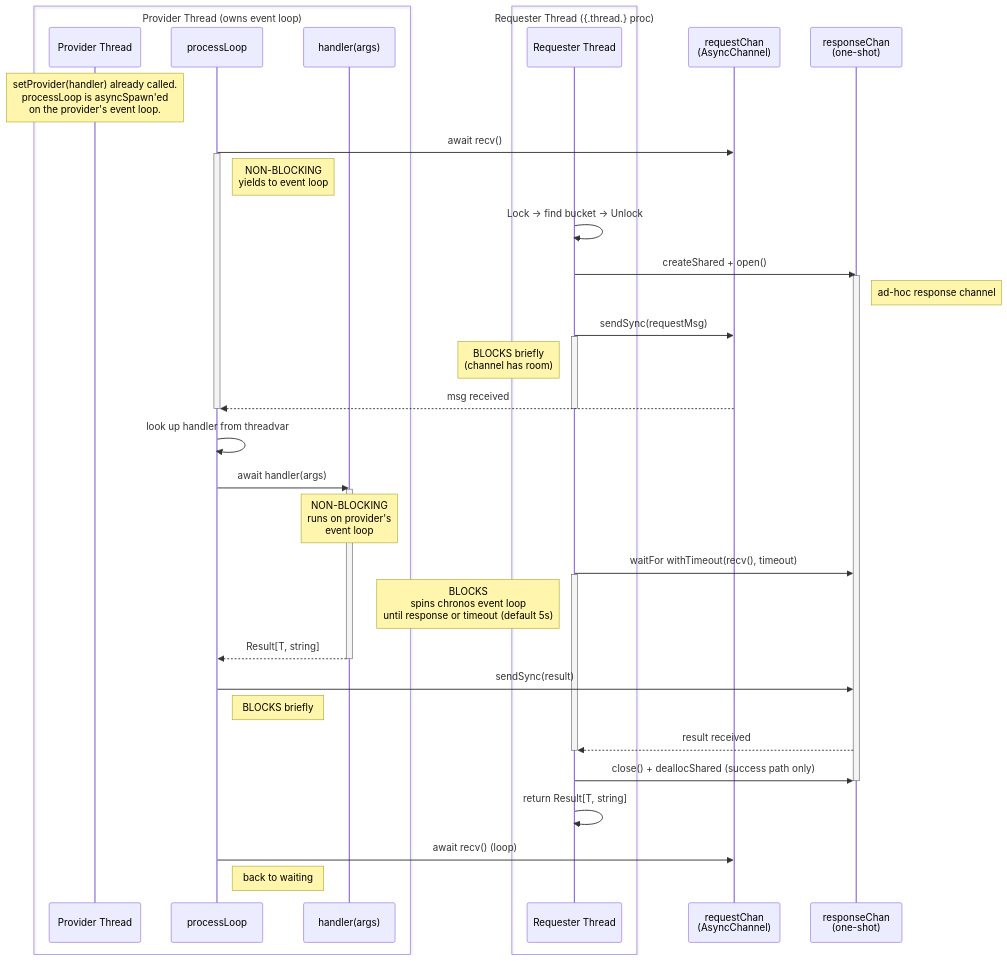
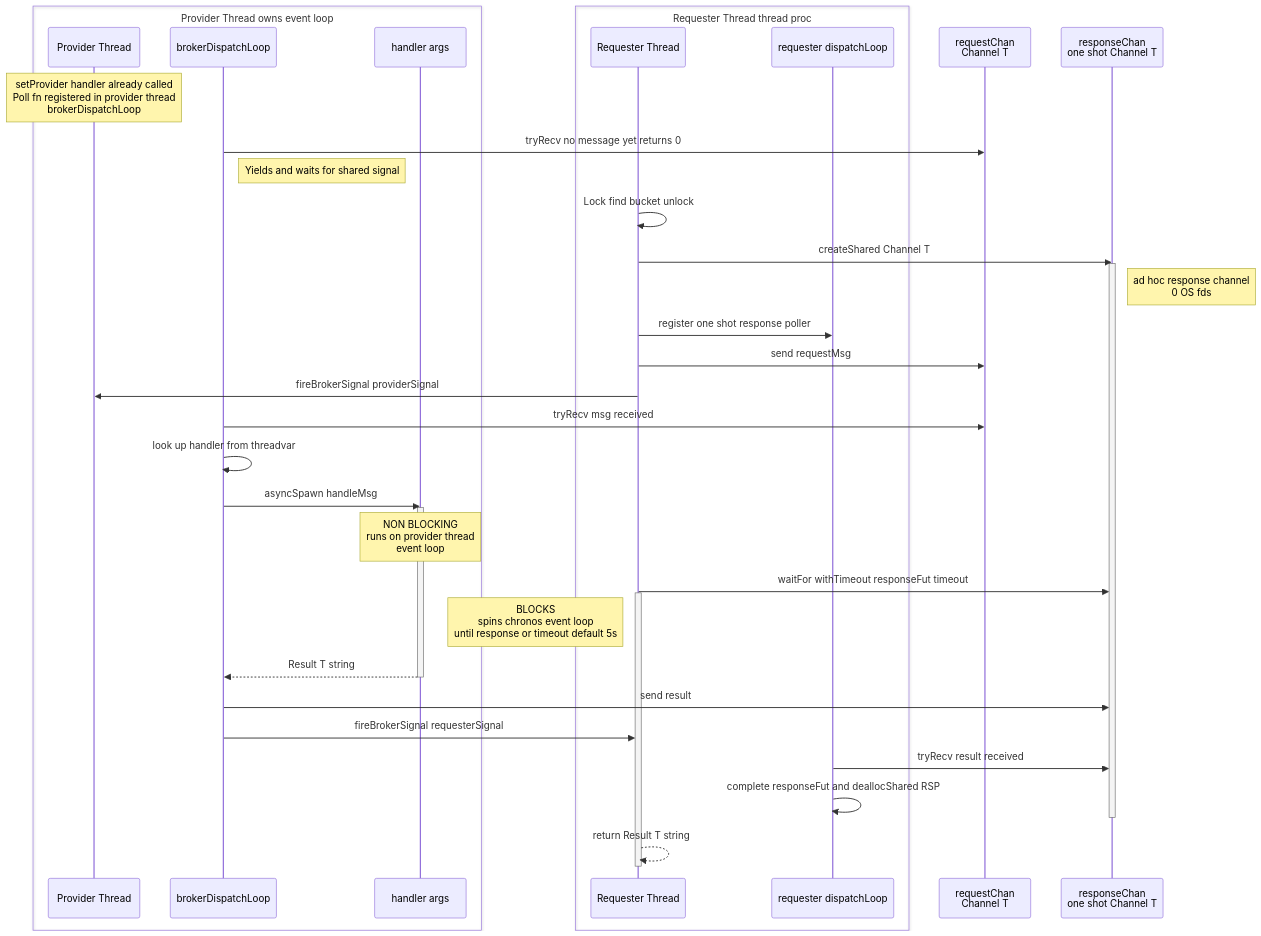
One commit to NagyZoltanPeter/nim-brokers changed the first of 5 diagrams in doc/MultiThread_RequestBroker.md. Above: the diagram before and after it, drawn with Mermaid. The commit also changed other lines of this file and 4 other files, not shown here.

````diff
--- a/doc/MultiThread_RequestBroker.md
+++ b/doc/MultiThread_RequestBroker.md
@@ -274,56 +268,51 @@
 ```mermaid
 sequenceDiagram
-    box Provider Thread (owns event loop)
+  box Provider Thread owns event loop
         participant PT as Provider Thread
-        participant PL as processLoop
-        participant H as handler(args)
+        participant DL as brokerDispatchLoop
+    participant H as handler args
     end
-    box Requester Thread ({.thread.} proc)
+  box Requester Thread thread proc
         participant RT as Requester Thread
+        participant RDL as requester dispatchLoop
     end
-    participant RC as requestChan<br/>(AsyncChannel)
-    participant RSP as responseChan<br/>(one-shot)
+  participant RC as requestChan<br/>Channel T
+  participant RSP as responseChan<br/>one shot Channel T
 
-    Note over PT: setProvider(handler) already called.<br/>processLoop is asyncSpawn'ed<br/>on the provider's event loop.
+  Note over PT: setProvider handler already called<br/>Poll fn registered in provider thread<br/>brokerDispatchLoop
 
-    PL ->> RC: await recv()
-    activate PL
-    Note right of PL: NON-BLOCKING<br/>yields to event loop
+  DL ->> RC: tryRecv no message yet returns 0
+  Note right of DL: Yields and waits for shared signal
 
-    RT ->> RT: Lock → find bucket → Unlock
-    RT ->> RSP: createShared + open()
+  RT ->> RT: Lock find bucket unlock
+  RT ->> RSP: createShared Channel T
     activate RSP
-    Note right of RSP: ad-hoc response channel
+  Note right of RSP: ad hoc response channel<br/>0 OS fds
 
-    RT ->> RC: sendSync(requestMsg)
+  RT ->> RDL: register one shot response poller
+  RT ->> RC: send requestMsg
+  RT ->> PT: fireBrokerSignal providerSignal
+
+  DL ->> RC: tryRecv msg received
+    DL ->> DL: look up handler from threadvar
+  DL ->> H: asyncSpawn handleMsg
+    activate H
+  Note over H: NON BLOCKING<br/>runs on provider thread<br/>event loop
+
+  RT ->> RSP: waitFor withTimeout responseFut timeout
     activate RT
-    Note left of RT: BLOCKS briefly<br/>(channel has room)
-    RC -->> PL: msg received
-    deactivate PL
-    deactivate RT
+  Note left of RT: BLOCKS<br/>spins chronos event loop<br/>until response or timeout default 5s
 
-    PL ->> PL: look up handler from threadvar
-    PL ->> H: await handler(args)
-    activate H
-    Note over H: NON-BLOCKING<br/>runs on provider's<br/>event loop
-
-    RT ->> RSP: waitFor withTimeout(recv(), timeout)
-    activate RT
-    Note left of RT: BLOCKS<br/>spins chronos event loop<br/>until response or timeout (default 5s)
-
-    H -->> PL: Result[T, string]
+  H -->> DL: Result T string
     deactivate H
 
-    PL ->> RSP: sendSync(result)
-    Note right of PL: BLOCKS briefly
+  DL ->> RSP: send result
+  DL ->> RT: fireBrokerSignal requesterSignal
 
-    RSP -->> RT: result received
-    deactivate RT
-    RT ->> RSP: close() + deallocShared (success path only)
+  RDL ->> RSP: tryRecv result received
+  RDL ->> RDL: complete responseFut and deallocShared RSP
     deactivate RSP
 
-    RT ->> RT: return Result[T, string]
-
-    PL ->> RC: await recv() (loop)
-    Note right of PL: back to waiting
+  RT -->> RT: return Result T string
+    deactivate RT
 ```
````
